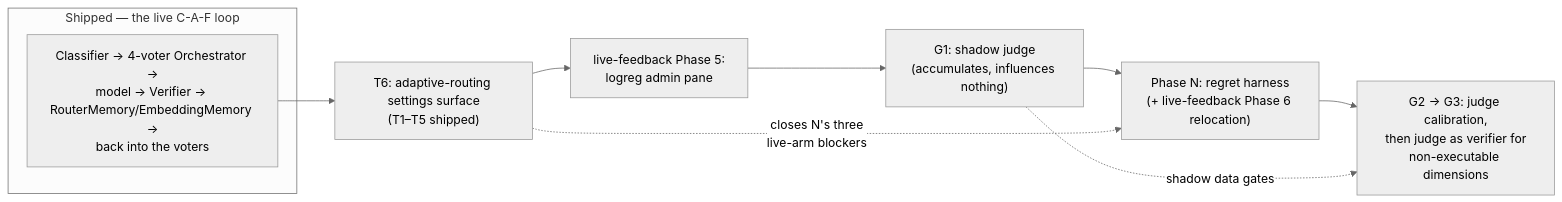
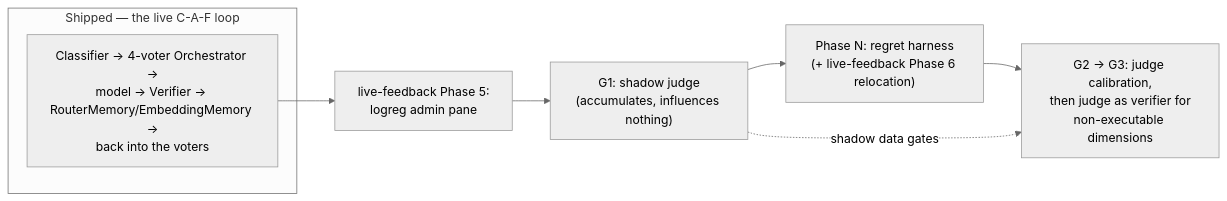
Before and after one commit to davidpizon/TotallyHot-ArcRouter: the diagram in src/PLAN.md, drawn with Mermaid (neutral theme). The commit also changed other lines of this file and 9 other files, not shown here.

First line of the commit message:
Phase T6: System Settings Adaptive Routing toggle and Sample Size input

````diff
--- a/src/PLAN.md
+++ b/src/PLAN.md
@@ -46,16 +49,14 @@
 ```mermaid
 flowchart LR
     subgraph shipped["Shipped — the live C-A-F loop"]
         LOOP["Classifier → 4-voter Orchestrator →<br/>model → Verifier → RouterMemory/EmbeddingMemory →<br/>back into the voters"]
     end
 
-    T["T6: adaptive-routing settings surface<br/>(T1–T5 shipped)"]
     P5["live-feedback Phase 5:<br/>logreg admin pane"]
     G1["G1: shadow judge<br/>(accumulates, influences nothing)"]
     N["Phase N: regret harness<br/>(+ live-feedback Phase 6 relocation)"]
     G23["G2 → G3: judge calibration,<br/>then judge as verifier for<br/>non-executable dimensions"]
 
-    LOOP --> T --> P5 --> G1 --> N --> G23
-    T -.->|"closes N's three<br/>live-arm blockers"| N
+    LOOP --> P5 --> G1 --> N --> G23
     G1 -.->|"shadow data gates"| G23
 ```
````
